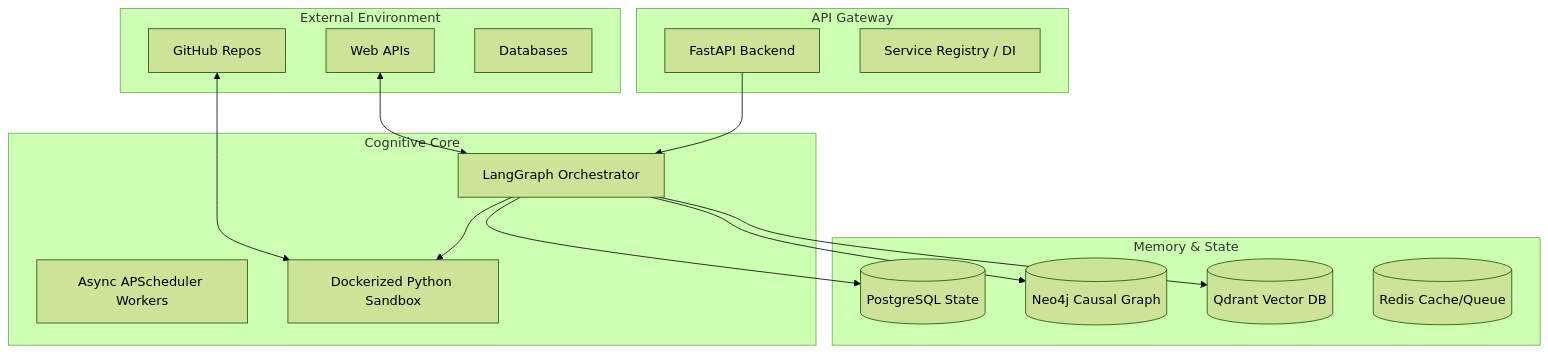
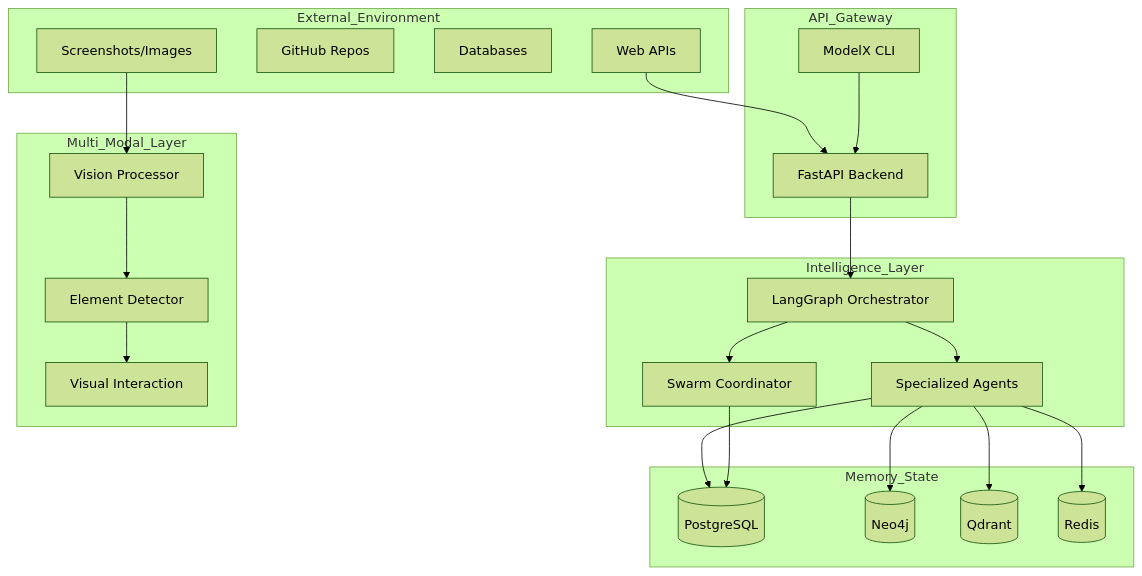
One commit to SelfSmartbrain/ModelX changed the first of 4 diagrams in README.md. Above: the diagram before and after it, drawn with Mermaid (forest theme). The commit also changed other lines of this file, not shown here.

````diff
--- a/README.md
+++ b/README.md
@@ -43,34 +91,47 @@
 ```mermaid
 flowchart TB
-    subgraph External Environment
+    subgraph External_Environment
         Web[Web APIs]
         Repos[GitHub Repos]
         DBs[Databases]
+        Screenshots[Screenshots/Images]
     end
 
-    subgraph API Gateway
+    subgraph API_Gateway
         FastAPI[FastAPI Backend]
-        DI[Service Registry / DI]
+        CLI[ModelX CLI]
     end
 
-    subgraph Cognitive Core
+    subgraph Intelligence_Layer
         Orchestrator[LangGraph Orchestrator]
-        Workers[Async APScheduler Workers]
-        Sandbox[Dockerized Python Sandbox]
+        Agents[Specialized Agents]
+        Swarm[Swarm Coordinator]
     end
 
-    subgraph Memory & State
-        PostgreSQL[(PostgreSQL State)]
-        Neo4j[(Neo4j Causal Graph)]
-        Qdrant[(Qdrant Vector DB)]
-        Redis[(Redis Cache/Queue)]
+    subgraph Multi_Modal_Layer
+        Vision[Vision Processor]
+        Element[Element Detector]
+        Visual[Visual Interaction]
     end
 
-    Web <--> Orchestrator
-    Repos <--> Sandbox
+    subgraph Memory_State
+        PostgreSQL[(PostgreSQL)]
+        Neo4j[(Neo4j)]
+        Qdrant[(Qdrant)]
+        Redis[(Redis)]
+    end
+
+    Web --> FastAPI
+    CLI --> FastAPI
     FastAPI --> Orchestrator
-    Orchestrator --> Sandbox
-    Orchestrator --> PostgreSQL
-    Orchestrator --> Neo4j
-    Orchestrator --> Qdrant
+    Orchestrator --> Agents
+    Orchestrator --> Swarm
+    Screenshots --> Vision
+    Vision --> Element
+    Element --> Visual
+    Agents --> PostgreSQL
+    Agents --> Neo4j
+    Agents --> Qdrant
+    Agents --> Redis
+    Swarm --> PostgreSQL
 ```
````
